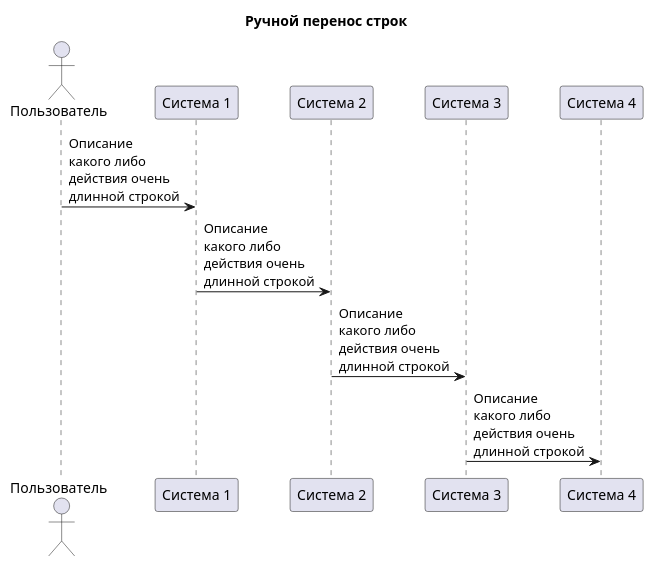
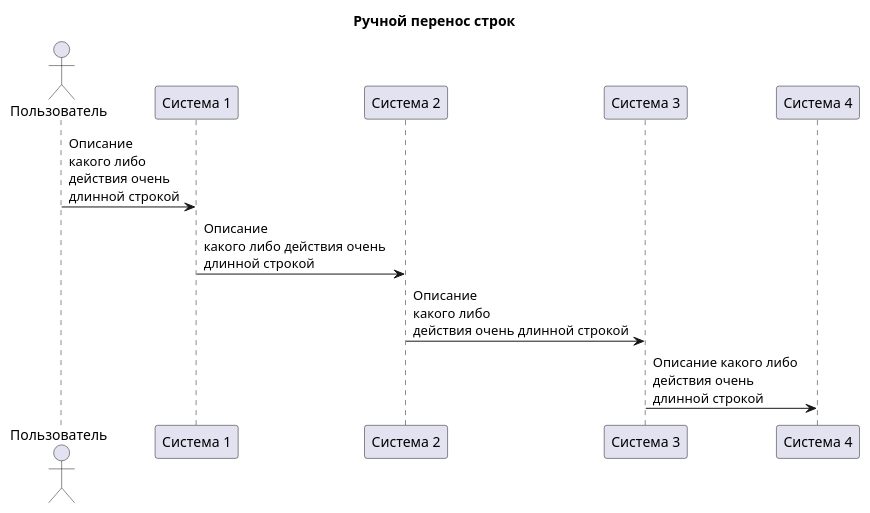
Before and after one commit to ramdirt/plantuml-course: the diagram in lessons/6 lesson/3.puml, drawn with PlantUML.

```diff
--- a/lessons/6 lesson/3.puml
+++ b/lessons/6 lesson/3.puml
@@ -1,18 +1,18 @@
 @startuml Широкая диаграмма
 
 title Ручной перенос строк
 
 '__ АКТОРЫ __
 actor "Пользователь" as User
 participant "Система 1" as System_1
 participant "Система 2" as System_2
 participant "Система 3" as System_3
 participant "Система 4" as System_4
 
 '__ ВЗАИМОДЕЙСТВИЕ __
 User -> System_1: Описание \nкакого либо \nдействия очень \nдлинной строкой
-System_1 -> System_2: Описание \nкакого либо \nдействия очень \nдлинной строкой
-System_2 -> System_3: Описание \nкакого либо \nдействия очень \nдлинной строкой
-System_3 -> System_4: Описание \nкакого либо \nдействия очень \nдлинной строкой
+System_1 -> System_2: Описание \nкакого либо действия очень \nдлинной строкой
+System_2 -> System_3: Описание \nкакого либо \nдействия очень длинной строкой
+System_3 -> System_4: Описание какого либо \nдействия очень \nдлинной строкой
 
 @enduml
```
